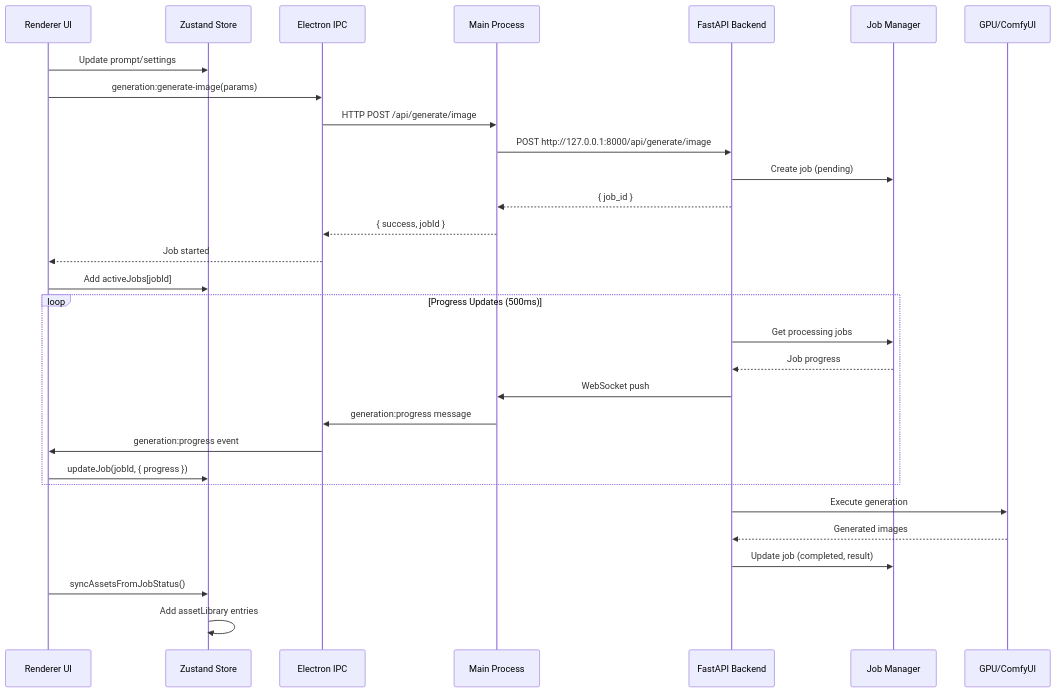
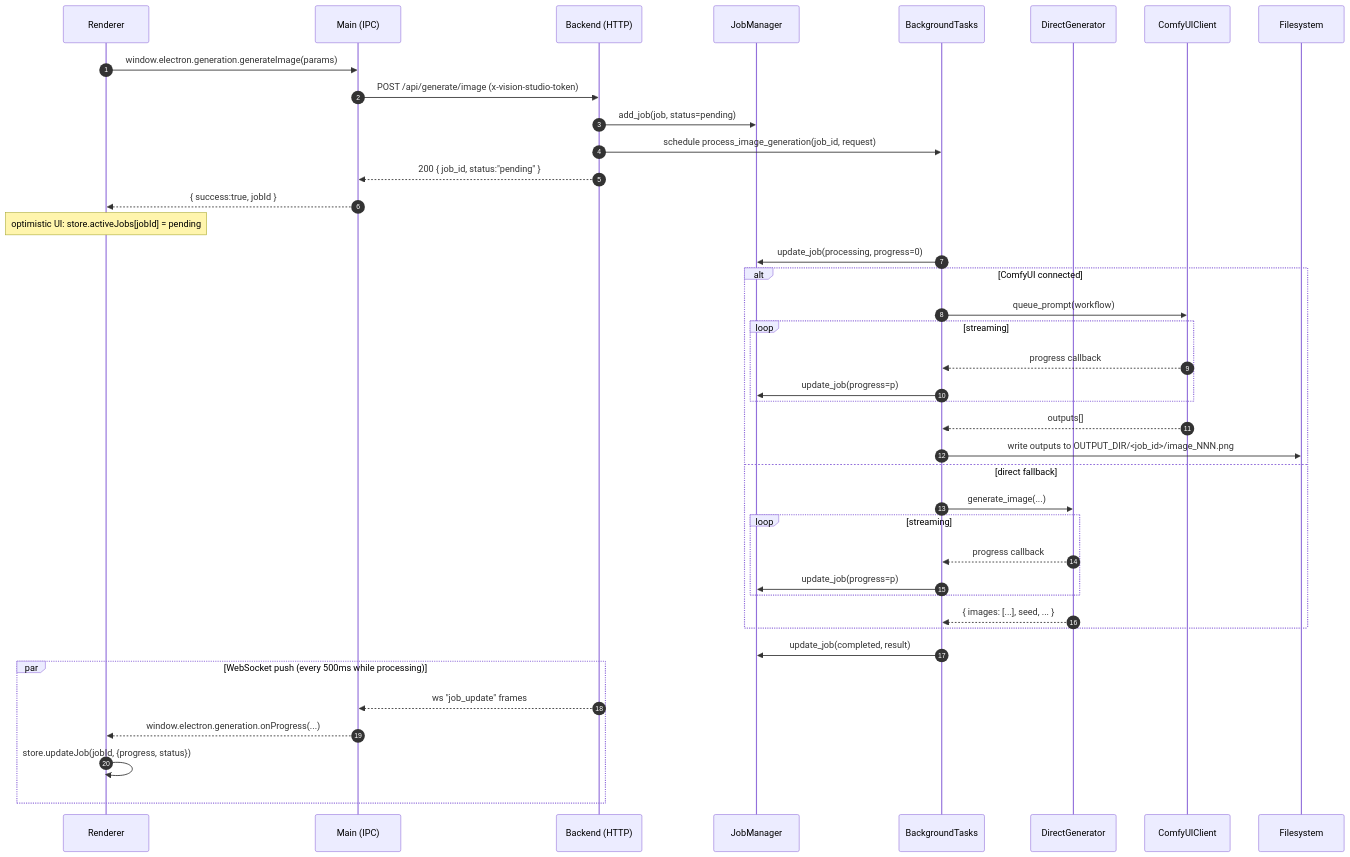
One commit to Git-Rocky-Stack/vision-studio changed the fourth of 9 diagrams in docs/architecture.md. Above: the diagram before and after it, drawn with Mermaid. The commit also changed other lines of this file and 7 other files, not shown here.

First line of the commit message:
docs: comprehensive documentation overhaul (architecture, API, schema, diagrams)

````diff
--- a/docs/architecture.md
+++ b/docs/architecture.md
@@ -196,36 +364,45 @@
 ```mermaid
 sequenceDiagram
-    participant UI as Renderer UI
-    participant Store as Zustand Store
-    participant IPC as Electron IPC
-    participant Main as Main Process
-    participant API as FastAPI Backend
-    participant Jobs as Job Manager
-    participant GPU as GPU/ComfyUI
+    autonumber
+    participant U as Renderer
+    participant E as Main (IPC)
+    participant B as Backend (HTTP)
+    participant J as JobManager
+    participant T as BackgroundTasks
+    participant DG as DirectGenerator
+    participant CC as ComfyUIClient
+    participant FS as Filesystem
 
-    UI->>Store: Update prompt/settings
-    UI->>IPC: generation:generate-image(params)
-    IPC->>Main: HTTP POST /api/generate/image
-    Main->>API: POST http://127.0.0.1:8000/api/generate/image
-    API->>Jobs: Create job (pending)
-    API-->>Main: { job_id }
-    Main-->>IPC: { success, jobId }
-    IPC-->>UI: Job started
-    UI->>Store: Add activeJobs[jobId]
+    U->>E: window.electron.generation.generateImage(params)
+    E->>B: POST /api/generate/image  (x-vision-studio-token)
+    B->>J: add_job(job, status=pending)
+    B->>T: schedule process_image_generation(job_id, request)
+    B-->>E: 200 { job_id, status:"pending" }
+    E-->>U: { success:true, jobId }
+    Note over U: optimistic UI: store.activeJobs[jobId] = pending
 
-    loop Progress Updates (500ms)
-        API->>Jobs: Get processing jobs
-        Jobs-->>API: Job progress
-        API->>Main: WebSocket push
-        Main->>IPC: generation:progress message
-        IPC->>UI: generation:progress event
-        UI->>Store: updateJob(jobId, { progress })
+    T->>J: update_job(processing, progress=0)
+    alt ComfyUI connected
+        T->>CC: queue_prompt(workflow)
+        loop streaming
+            CC-->>T: progress callback
+            T->>J: update_job(progress=p)
+        end
+        CC-->>T: outputs[]
+        T->>FS: write outputs to OUTPUT_DIR/<job_id>/image_NNN.png
+    else direct fallback
+        T->>DG: generate_image(...)
+        loop streaming
+            DG-->>T: progress callback
+            T->>J: update_job(progress=p)
+        end
+        DG-->>T: { images: [...], seed, ... }
     end
+    T->>J: update_job(completed, result)
 
-    API->>GPU: Execute generation
-    GPU-->>API: Generated images
-    API->>Jobs: Update job (completed, result)
-
-    UI->>Store: syncAssetsFromJobStatus()
-    Store->>Store: Add assetLibrary entries
+    par WebSocket push (every 500ms while processing)
+        B-->>E: ws "job_update" frames
+        E-->>U: window.electron.generation.onProgress(...)
+        U->>U: store.updateJob(jobId, {progress, status})
+    end
 ```
````
